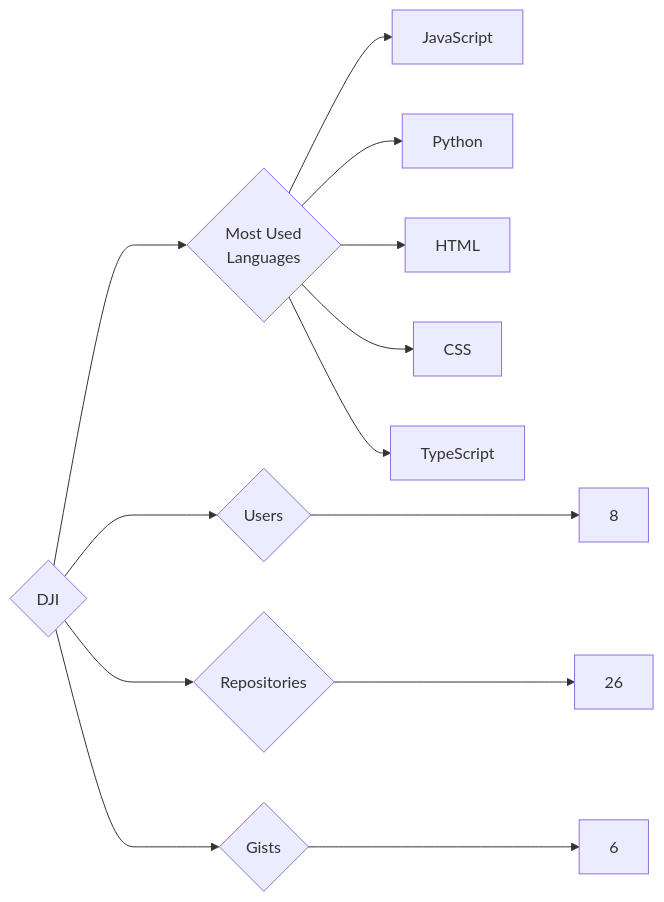
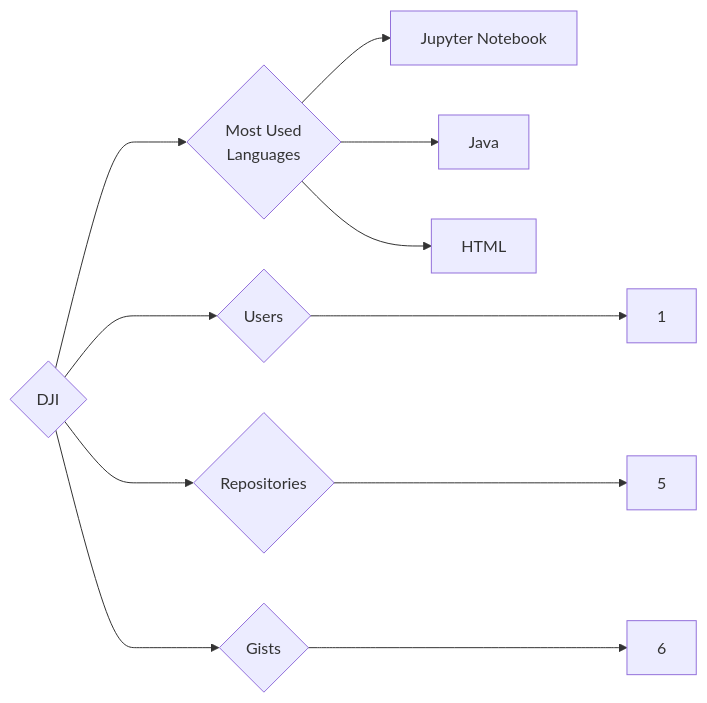
Before and after one commit to trickest/insiders: the diagram in targets/DJI/README.md, drawn with Mermaid. The commit also changed 1078 other files, not shown here.

````diff
--- a/targets/DJI/README.md
+++ b/targets/DJI/README.md
@@ -3,13 +3,11 @@
 ```mermaid
 graph LR
 COMPANY_NAME{DJI}
-COMPANY_NAME ---> U{Users} ---> UN[8]
-COMPANY_NAME ---> R{Repositories} ---> RN[26]
+COMPANY_NAME ---> U{Users} ---> UN[1]
+COMPANY_NAME ---> R{Repositories} ---> RN[5]
 COMPANY_NAME ---> G{Gists} ---> GN[6]
 COMPANY_NAME ---> ML{Most Used<br>Languages}
-ML --> JavaScript[JavaScript]
-ML --> Python[Python]
+ML --> Jupyter_Notebook[Jupyter Notebook]
+ML --> Java[Java]
 ML --> HTML[HTML]
-ML --> CSS[CSS]
-ML --> TypeScript[TypeScript]
 ```
````
